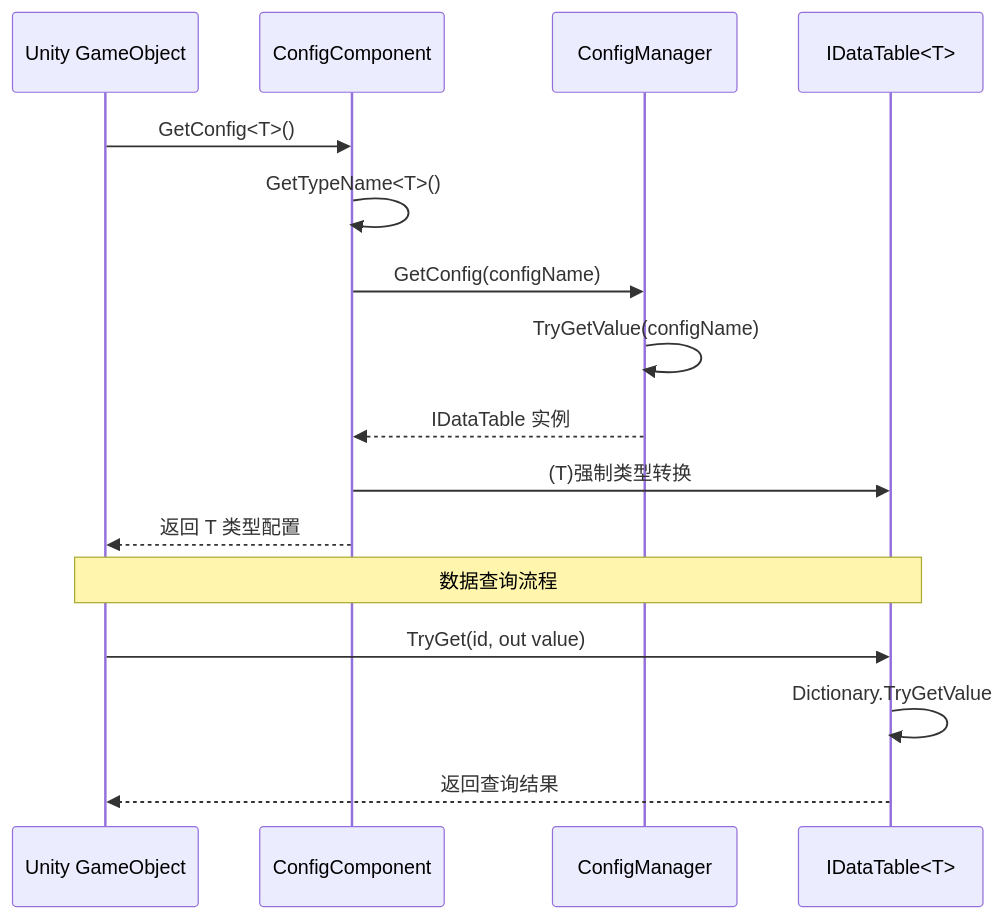
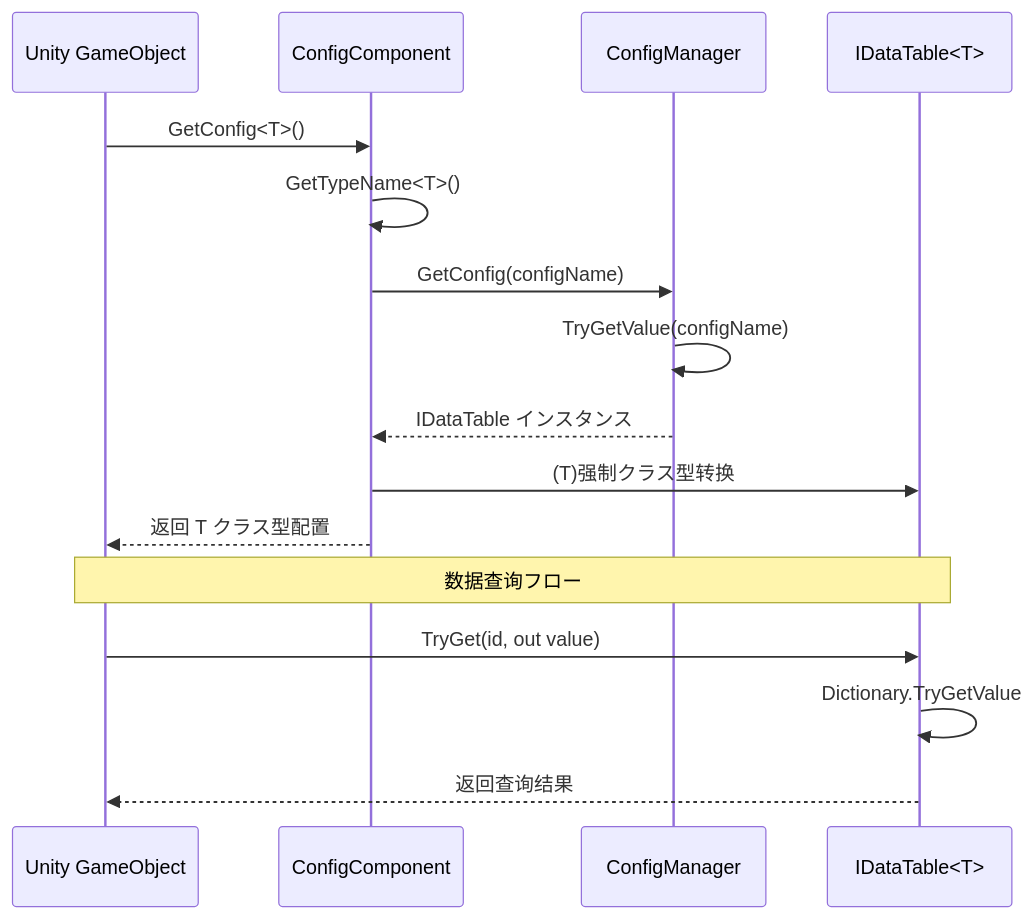
One commit to AlianBlank/GameFrameX.Docs changed the second of 2 diagrams in docs/ja/client/unity/component/config/04.features.md. Above: the diagram before and after it, drawn with Mermaid. The commit also changed other lines of this file and 603 other files, not shown here.

````diff
--- a/docs/ja/client/unity/component/config/04.features.md
+++ b/docs/ja/client/unity/component/config/04.features.md
@@ -312,21 +312,21 @@
 ```mermaid
 sequenceDiagram
     participant GameObject as Unity GameObject
     participant CC as ConfigComponent
     participant CM as ConfigManager
     participant DT as IDataTable<T>
 
     GameObject->>CC: GetConfig<T>()
     CC->>CC: GetTypeName<T>()
     CC->>CM: GetConfig(configName)
     CM->>CM: TryGetValue(configName)
-    CM-->>CC: IDataTable 实例
-    CC->>DT: (T)强制类型转换
-    CC-->>GameObject: 返回 T 类型配置
+    CM-->>CC: IDataTable インスタンス
+    CC->>DT: (T)强制クラス型转换
+    CC-->>GameObject: 返回 T クラス型配置
 
-    Note over GameObject,DT: 数据查询流程
+    Note over GameObject,DT: 数据查询フロー
 
     GameObject->>DT: TryGet(id, out value)
     DT->>DT: Dictionary.TryGetValue
     DT-->>GameObject: 返回查询结果
 ```
````
